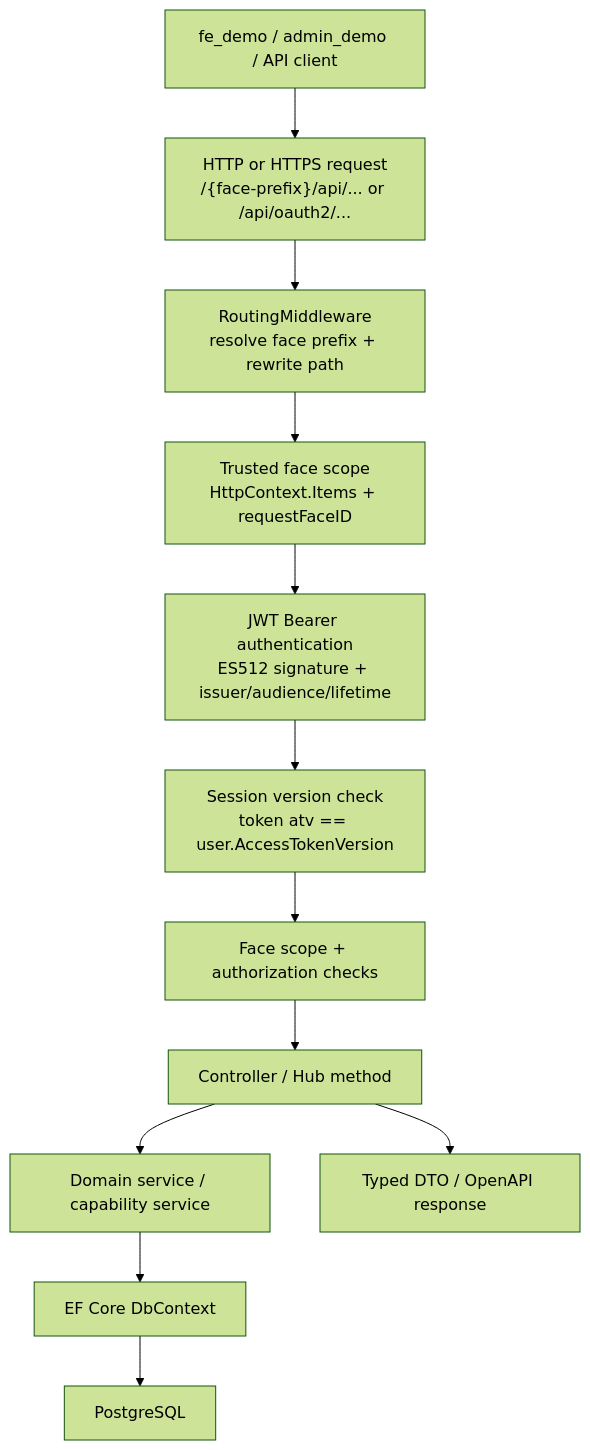
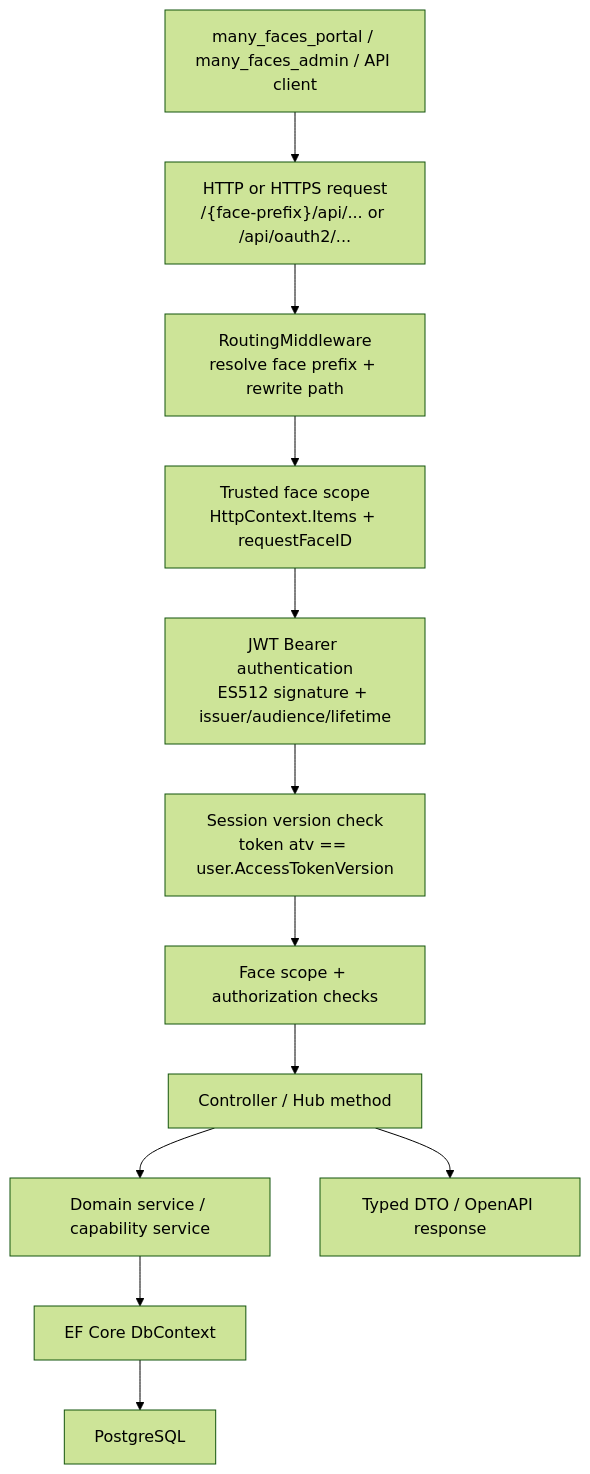
The first of 7 diagrams in README.md (01laky/many_faces_backend), drawn with Mermaid (forest theme) before and after one commit. The commit also changed other lines of this file and 1 other file, not shown here.

Commit message:
docs: align readme with many_faces_* repo naming

````diff
--- a/README.md
+++ b/README.md
@@ -72,14 +72,14 @@
 ```mermaid
 flowchart TD
-    client["fe_demo / admin_demo / API client"] --> url["HTTP or HTTPS request<br/>/{face-prefix}/api/... or /api/oauth2/..."]
+    client["many_faces_portal / many_faces_admin / API client"] --> url["HTTP or HTTPS request<br/>/{face-prefix}/api/... or /api/oauth2/..."]
     url --> routing["RoutingMiddleware<br/>resolve face prefix + rewrite path"]
     routing --> scope["Trusted face scope<br/>HttpContext.Items + requestFaceID"]
     scope --> auth["JWT Bearer authentication<br/>ES512 signature + issuer/audience/lifetime"]
     auth --> atv["Session version check<br/>token atv == user.AccessTokenVersion"]
     atv --> enforce["Face scope + authorization checks"]
     enforce --> controller["Controller / Hub method"]
     controller --> service["Domain service / capability service"]
     service --> ef["EF Core DbContext"]
     ef --> pg["PostgreSQL"]
     controller --> response["Typed DTO / OpenAPI response"]
 ```
````
